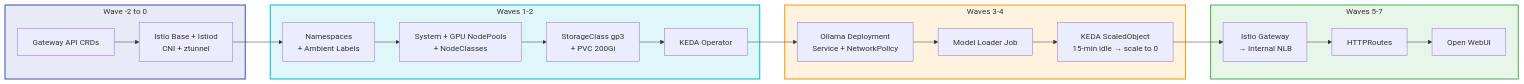
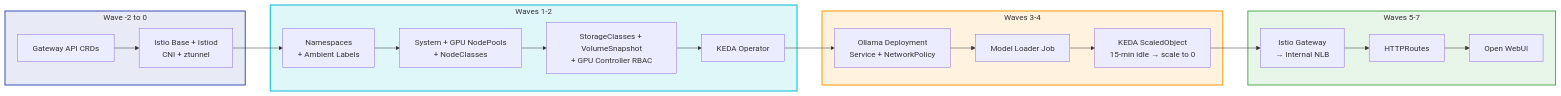
One commit to shanaka-versent/Ollama-on-EKS changed the sixth of 6 diagrams in README.md. Above: the diagram before and after it, drawn with Mermaid. The commit also changed other lines of this file and 1 other file, not shown here.

First line of the commit message:
docs: add GPU lifecycle + KEDA state diagrams, consolidate README (#43)

````diff
--- a/README.md
+++ b/README.md
@@ -743,33 +826,33 @@
 ```mermaid
 flowchart LR
     subgraph W0["Wave -2 to 0"]
         CRD["Gateway API CRDs"]
         ISTIO["Istio Base + Istiod\nCNI + ztunnel"]
     end
 
     subgraph W1["Waves 1-2"]
         NS["Namespaces\n+ Ambient Labels"]
         NP["System + GPU NodePools\n+ NodeClasses"]
-        ST["StorageClass gp3\n+ PVC 200Gi"]
+        ST["StorageClasses + VolumeSnapshot\n+ GPU Controller RBAC"]
         KEDA["KEDA Operator"]
     end
 
     subgraph W2["Waves 3-4"]
         OLM["Ollama Deployment\nService + NetworkPolicy"]
         ML["Model Loader Job"]
         KSO["KEDA ScaledObject\n15-min idle → scale to 0"]
     end
 
     subgraph W3["Waves 5-7"]
         GW["Istio Gateway\n→ Internal NLB"]
         HR["HTTPRoutes"]
         WUI["Open WebUI"]
     end
 
     CRD --> ISTIO --> NS --> NP --> ST --> KEDA --> OLM --> ML --> KSO --> GW --> HR --> WUI
 
     style W0 fill:#e8eaf6,stroke:#3f51b5,stroke-width:2px
     style W1 fill:#e0f7fa,stroke:#00bcd4,stroke-width:2px
     style W2 fill:#fff3e0,stroke:#ff9800,stroke-width:2px
     style W3 fill:#e8f5e9,stroke:#4caf50,stroke-width:2px
 ```
````
